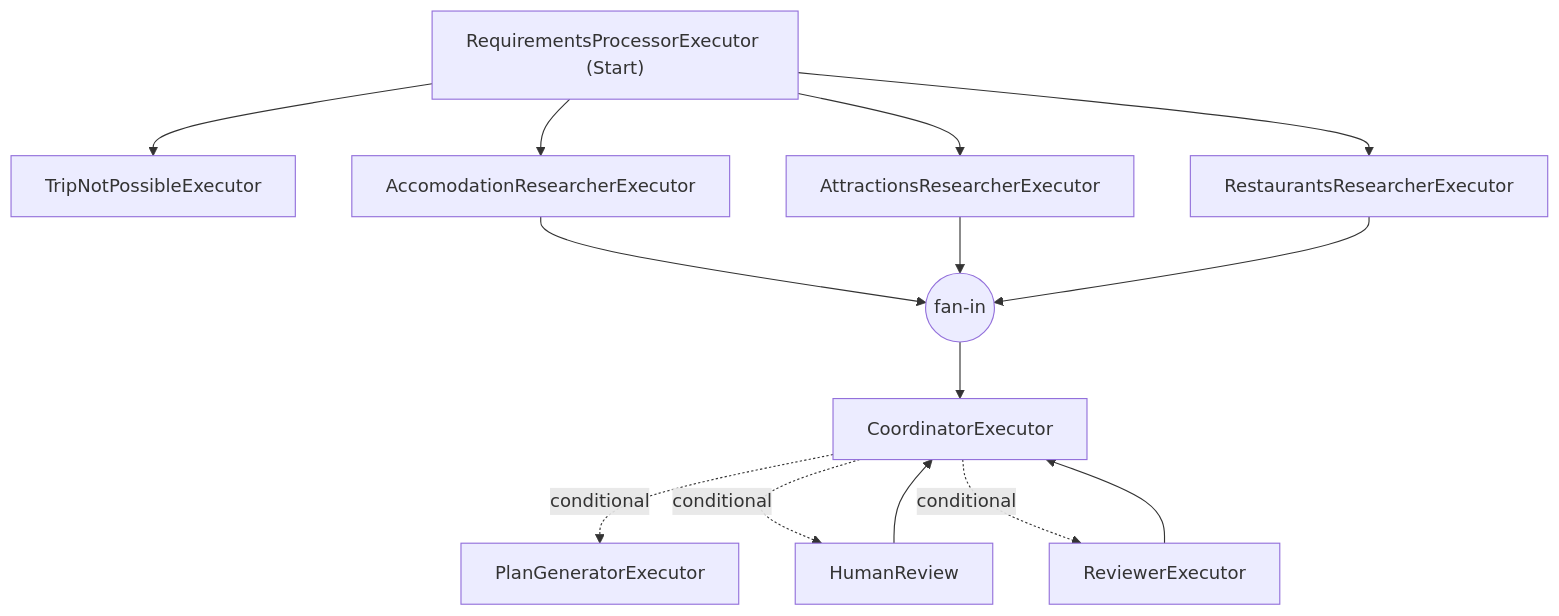
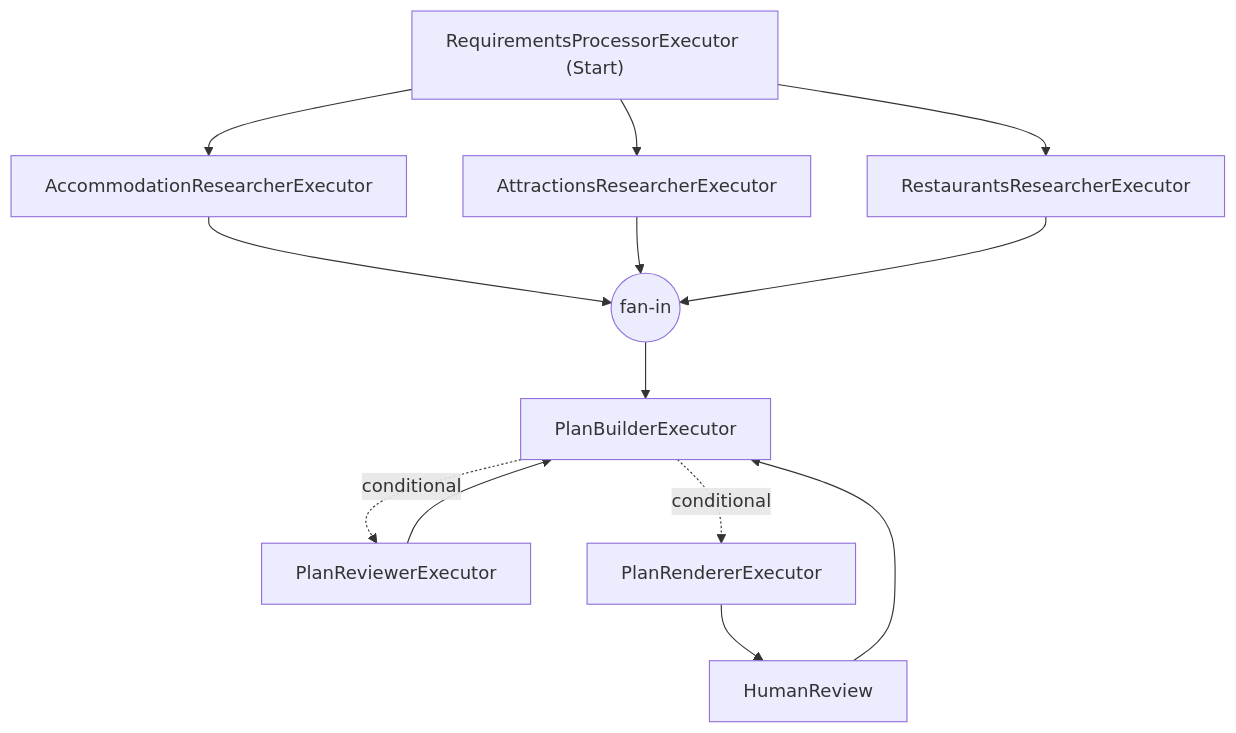
Before and after one commit to michal-dudniczenko/Microsoft-Agent-Framework-Demo: the diagram in 03-workflows/WorkflowsDemo/workflow-diagram.md, drawn with Mermaid. The commit also changed 55 other files, not shown here.

````diff
--- a/03-workflows/WorkflowsDemo/workflow-diagram.md
+++ b/03-workflows/WorkflowsDemo/workflow-diagram.md
@@ -1,27 +1,25 @@
 ```mermaid
 flowchart TD
   RequirementsProcessorExecutor["RequirementsProcessorExecutor (Start)"];
-  TripNotPossibleExecutor["TripNotPossibleExecutor"];
-  AccomodationResearcherExecutor["AccomodationResearcherExecutor"];
+  AccommodationResearcherExecutor["AccommodationResearcherExecutor"];
   AttractionsResearcherExecutor["AttractionsResearcherExecutor"];
   RestaurantsResearcherExecutor["RestaurantsResearcherExecutor"];
-  CoordinatorExecutor["CoordinatorExecutor"];
-  PlanGeneratorExecutor["PlanGeneratorExecutor"];
+  PlanBuilderExecutor["PlanBuilderExecutor"];
+  PlanReviewerExecutor["PlanReviewerExecutor"];
+  PlanRendererExecutor["PlanRendererExecutor"];
   HumanReview["HumanReview"];
-  ReviewerExecutor["ReviewerExecutor"];
 
-  fan_in_CoordinatorExecutor_451E3E3B((fan-in))
-  AccomodationResearcherExecutor --> fan_in_CoordinatorExecutor_451E3E3B;
-  AttractionsResearcherExecutor --> fan_in_CoordinatorExecutor_451E3E3B;
-  RestaurantsResearcherExecutor --> fan_in_CoordinatorExecutor_451E3E3B;
-  fan_in_CoordinatorExecutor_451E3E3B --> CoordinatorExecutor;
-  RequirementsProcessorExecutor --> TripNotPossibleExecutor;
-  RequirementsProcessorExecutor --> AccomodationResearcherExecutor;
+  fan_in_PlanBuilderExecutor_817D9128((fan-in))
+  AccommodationResearcherExecutor --> fan_in_PlanBuilderExecutor_817D9128;
+  AttractionsResearcherExecutor --> fan_in_PlanBuilderExecutor_817D9128;
+  RestaurantsResearcherExecutor --> fan_in_PlanBuilderExecutor_817D9128;
+  fan_in_PlanBuilderExecutor_817D9128 --> PlanBuilderExecutor;
+  RequirementsProcessorExecutor --> AccommodationResearcherExecutor;
   RequirementsProcessorExecutor --> AttractionsResearcherExecutor;
   RequirementsProcessorExecutor --> RestaurantsResearcherExecutor;
-  CoordinatorExecutor -. conditional .-> PlanGeneratorExecutor;
-  CoordinatorExecutor -. conditional .-> HumanReview;
-  CoordinatorExecutor -. conditional .-> ReviewerExecutor;
-  ReviewerExecutor --> CoordinatorExecutor;
-  HumanReview --> CoordinatorExecutor;
+  PlanBuilderExecutor -. conditional .-> PlanReviewerExecutor;
+  PlanBuilderExecutor -. conditional .-> PlanRendererExecutor;
+  PlanReviewerExecutor --> PlanBuilderExecutor;
+  PlanRendererExecutor --> HumanReview;
+  HumanReview --> PlanBuilderExecutor;
 ```
````
